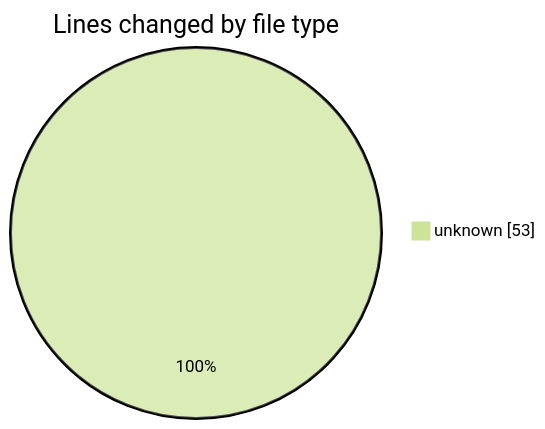
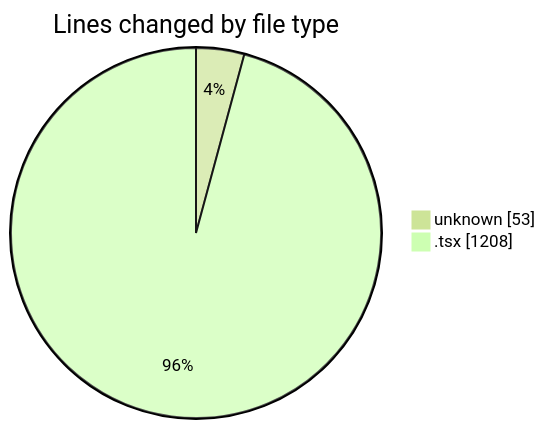
One commit to momahboobian/code-tracking changed the first of 2 diagrams in 2026-01-28/cda/README.md. Above: the diagram before and after it, drawn with Mermaid (forest theme). The commit also changed other lines of this file and 1 other file, not shown here.

````diff
--- a/2026-01-28/cda/README.md
+++ b/2026-01-28/cda/README.md
@@ -20,5 +21,6 @@
 ```mermaid
 pie showData
 title Lines changed by file type
 "unknown" : 53
+".tsx" : 1208
 ```
````
